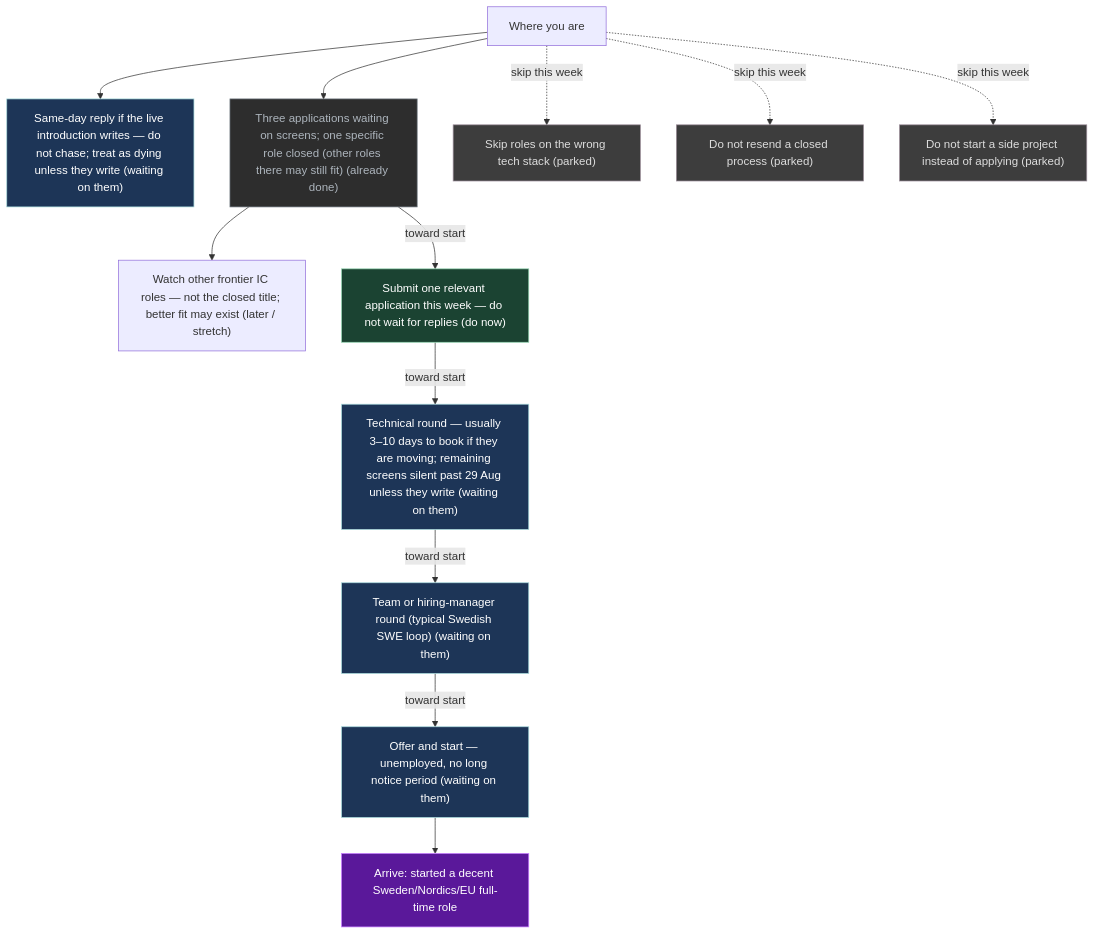
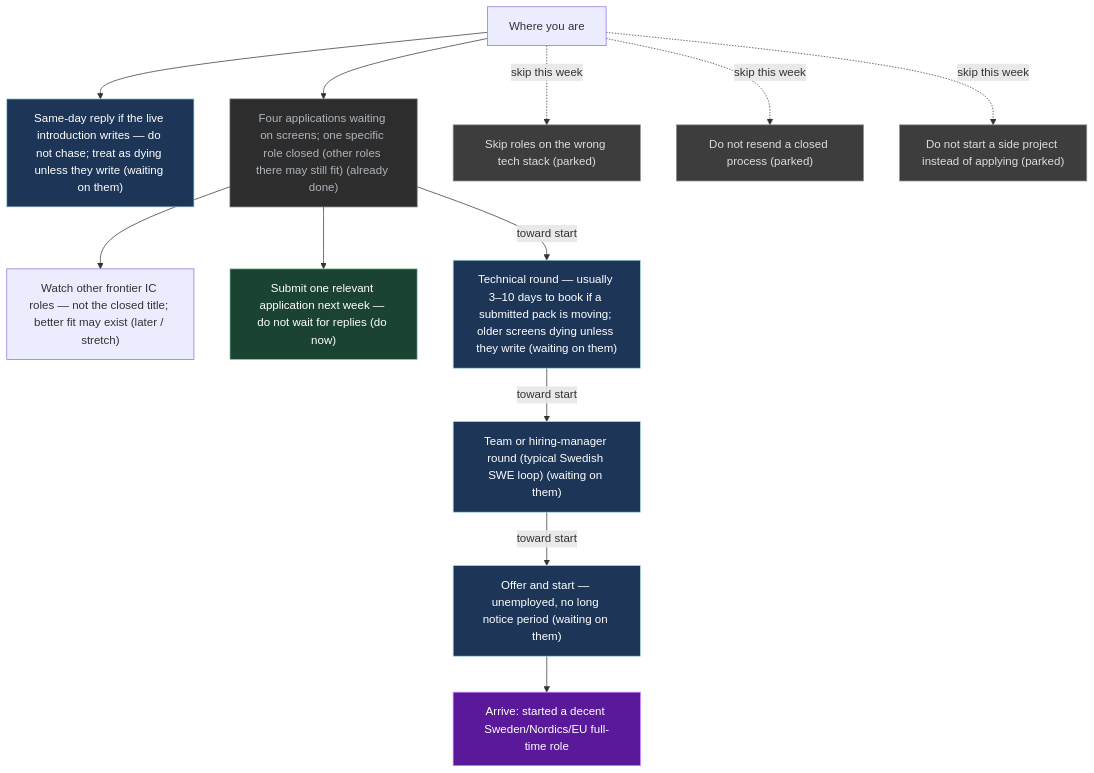
One commit to p10ns11y/life-os changed the diagram in UI/Mission.md. Above: the diagram before and after it, drawn with Mermaid. The commit also changed other lines of this file and 10 other files, not shown here.

````diff
--- a/UI/Mission.md
+++ b/UI/Mission.md
@@ -66,36 +66,36 @@
 ```mermaid
 flowchart TB
   x["Where you are"]
   G["Arrive: started a decent Sweden/Nordics/EU full-time role"]
   S0["Same-day reply if the live introduction writes — do not chase; treat as dying unless they write (waiting on them)"]
-  S1["Three applications waiting on screens; one specific role closed (other roles there may still fit) (already done)"]
+  S1["Four applications waiting on screens; one specific role closed (other roles there may still fit) (already done)"]
   S2["Watch other frontier IC roles — not the closed title; better fit may exist (later / stretch)"]
-  S3["Submit one relevant application this week — do not wait for replies (do now)"]
-  S4["Technical round — usually 3–10 days to book if they are moving; remaining screens silent past 29 Aug unless they write (waiting on them)"]
+  S3["Submit one relevant application next week — do not wait for replies (do now)"]
+  S4["Technical round — usually 3–10 days to book if a submitted pack is moving; older screens dying unless they write (waiting on them)"]
   S4b["Team or hiring-manager round (typical Swedish SWE loop) (waiting on them)"]
   S5["Offer and start — unemployed, no long notice period (waiting on them)"]
   P1["Skip roles on the wrong tech stack (parked)"]
   P2["Do not resend a closed process (parked)"]
   P3["Do not start a side project instead of applying (parked)"]
   x --> S0
   x --> S1
   S1 --> S2
-  S1 -->|"toward start"| S3
-  S3 -->|"toward start"| S4
+  S1 --> S3
+  S1 -->|"toward start"| S4
   S4 -->|"toward start"| S4b
   S4b -->|"toward start"| S5
   x -.->|"skip this week"| P1
   x -.->|"skip this week"| P2
   x -.->|"skip this week"| P3
   S5 --> G
   classDef do fill:#1b4332,stroke:#95d5b2,color:#fff
   classDef wait fill:#1d3557,stroke:#a8dadc,color:#fff
   classDef park fill:#3d3d3d,stroke:#9a8c98,color:#ddd
   classDef done fill:#2d2d2d,stroke:#6c757d,color:#adb5bd
   classDef goal fill:#5a189a,stroke:#c77dff,color:#fff
   class G goal
   class S3 do
   class S0,S4,S4b,S5 wait
   class P1,P2,P3 park
   class S1 done
 ```
````
